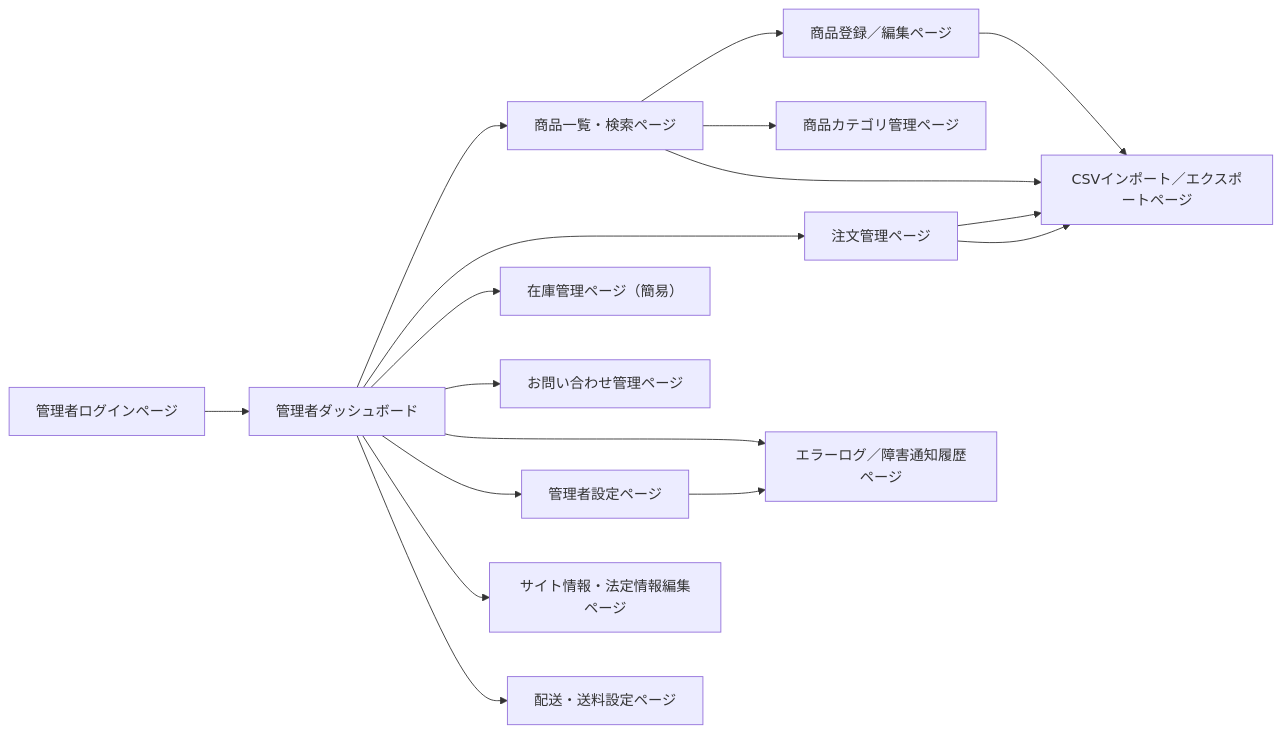
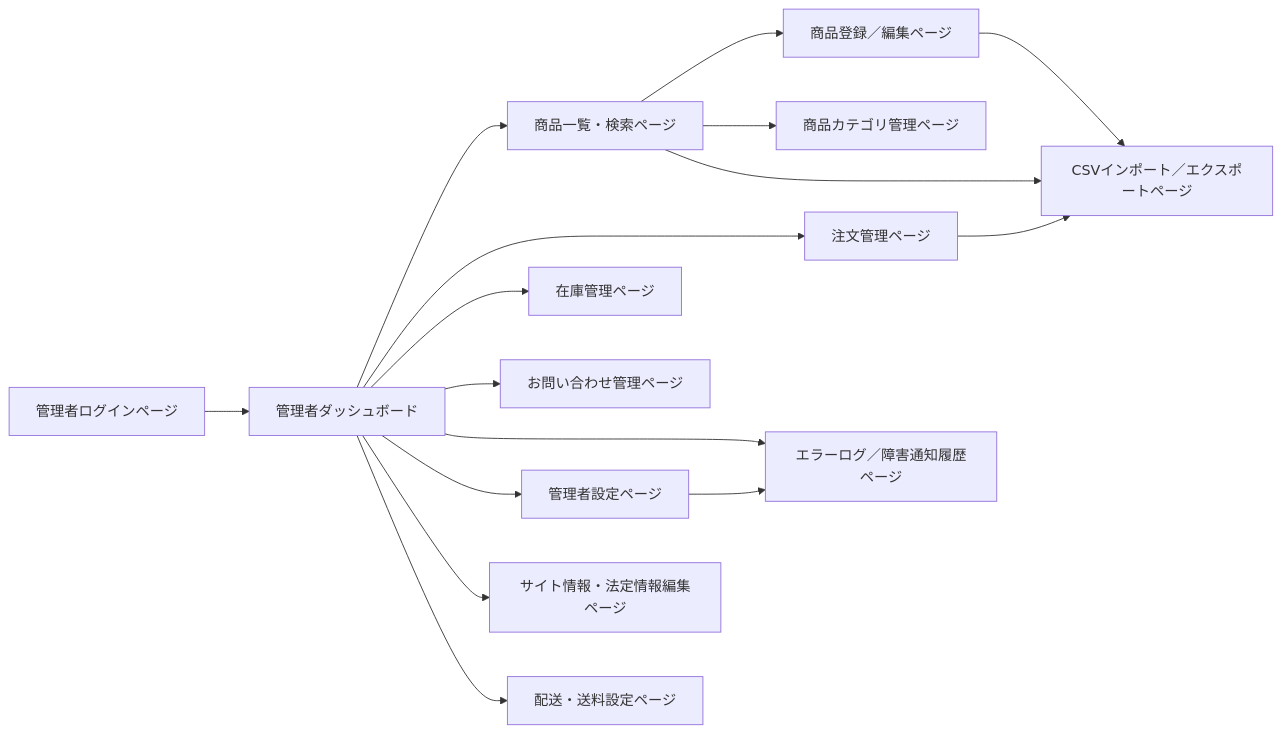
Before and after one commit to Aoi-Yaegashi/teamF: the diagram in 基本設計/画面遷移図/管理画面遷移図.md, drawn with Mermaid.

Commit message:
矢印のダブり消去

````diff
--- a/基本設計/画面遷移図/管理画面遷移図.md
+++ b/基本設計/画面遷移図/管理画面遷移図.md
@@ -1,35 +1,34 @@
 ```mermaid
 graph LR
 
 %% ログイン
 A01[管理者ログインページ] --> A02[管理者ダッシュボード]
 
 %% ダッシュボードからの遷移
 A02 --> A03[商品一覧・検索ページ]
 A02 --> A06[注文管理ページ]
-A02 --> A07[在庫管理ページ（簡易）]
+A02 --> A07[在庫管理ページ]
 A02 --> A11[お問い合わせ管理ページ]
 A02 --> A13[エラーログ／障害通知履歴ページ]
 A02 --> A12[管理者設定ページ]
 
 %% 商品関連
 A03 --> A04[商品登録／編集ページ]
 A03 --> A05[商品カテゴリ管理ページ]
 A03 --> A10[CSVインポート／エクスポートページ]
 
 %% 注文管理
 A06 --> A10
 
 %% サイト・法定情報関連
 A02 --> A09[サイト情報・法定情報編集ページ]
 
 %% 配送設定
 A02 --> A08[配送・送料設定ページ]
 
 %% CSV関連（商品/注文から遷移可能）
 A04 --> A10
-A06 --> A10
 
 %% 管理者設定など
 A12 --> A13
 ```
````
